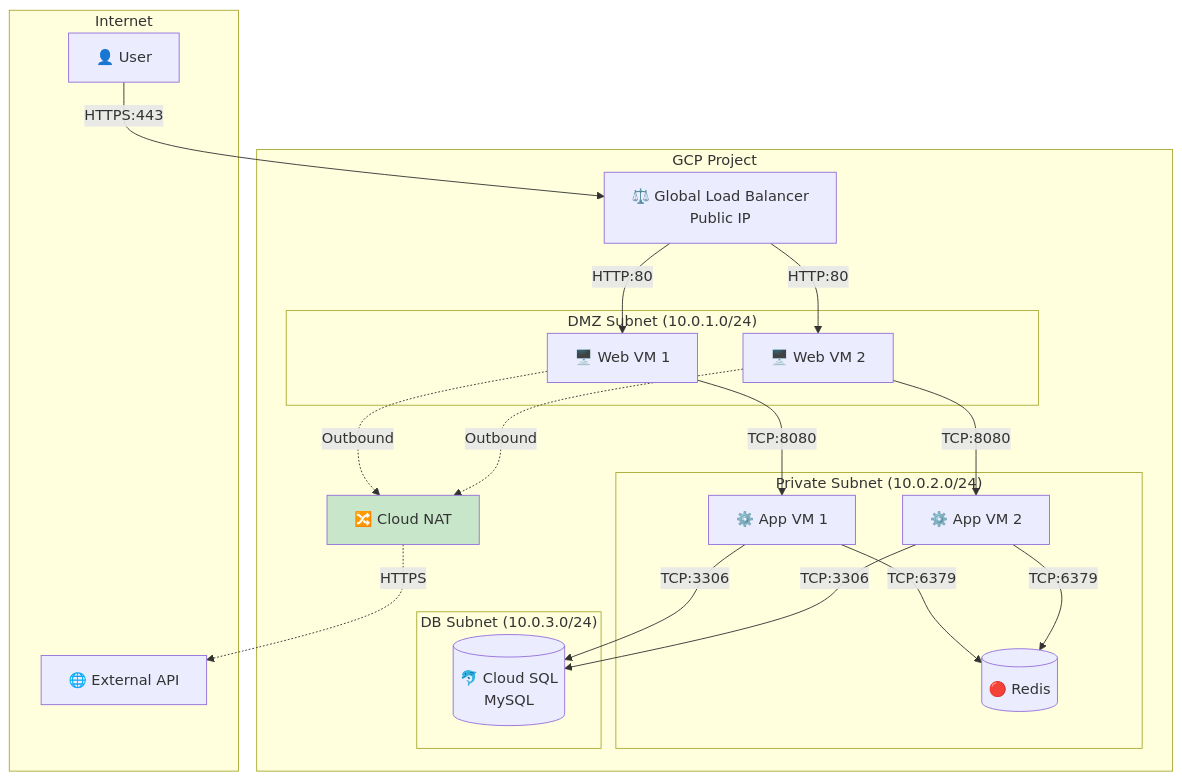
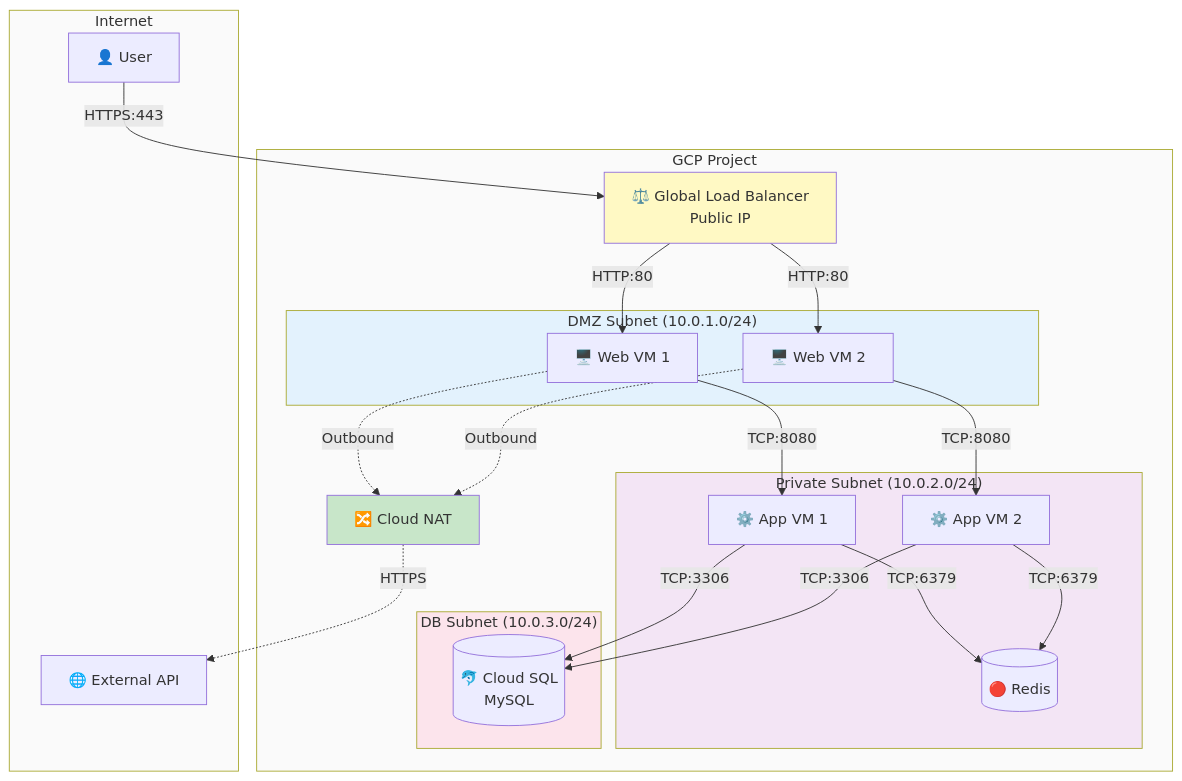
The second of 9 diagrams in terraform_gcp_infra/docs/architecture/network-design.md (JSJ2337/GCP_terraform_code), drawn with Mermaid before and after one commit. The commit also changed other lines of this file and 4 other files, not shown here.

First line of the commit message:
fix: Mermaid style 라인 분리로 텍스트 겹침 문제 해결

````diff
--- a/terraform_gcp_infra/docs/architecture/network-design.md
+++ b/terraform_gcp_infra/docs/architecture/network-design.md
@@ -200,47 +200,52 @@
 ```mermaid
 %%{init: {'theme': 'default'}}%%
 flowchart TB
     subgraph Internet["Internet"]
         USER[👤 User]
         API[🌐 External API]
     end
 
     subgraph GCP["GCP Project"]
         LB[⚖️ Global Load Balancer<br/>Public IP]
         NAT[🔀 Cloud NAT]
 
         subgraph DMZ["DMZ Subnet (10.0.1.0/24)"]
             WEB1[🖥️ Web VM 1]
             WEB2[🖥️ Web VM 2]
         end
 
         subgraph Private["Private Subnet (10.0.2.0/24)"]
             APP1[⚙️ App VM 1]
             APP2[⚙️ App VM 2]
             REDIS[(🔴 Redis)]
         end
 
         subgraph DB["DB Subnet (10.0.3.0/24)"]
             SQL[(🐬 Cloud SQL<br/>MySQL)]
         end
     end
 
     %% Ingress Flow
     USER -->|HTTPS:443| LB
     LB -->|HTTP:80| WEB1
     LB -->|HTTP:80| WEB2
     WEB1 -->|TCP:8080| APP1
     WEB2 -->|TCP:8080| APP2
     APP1 -->|TCP:6379| REDIS
     APP2 -->|TCP:6379| REDIS
     APP1 -->|TCP:3306| SQL
     APP2 -->|TCP:3306| SQL
 
     %% Egress Flow
     WEB1 -.->|Outbound| NAT
     WEB2 -.->|Outbound| NAT
     NAT -.->|HTTPS| API
 
-    style Internet fill:#fafafa    style GCP fill:#fafafa    style DMZ fill:#e3f2fd    style Private fill:#f3e5f5    style DB fill:#fce4ec    style LB fill:#fff9c4
+    style Internet fill:#fafafa
+    style GCP fill:#fafafa
+    style DMZ fill:#e3f2fd
+    style Private fill:#f3e5f5
+    style DB fill:#fce4ec
+    style LB fill:#fff9c4
     style NAT fill:#c8e6c9
 ```
````
